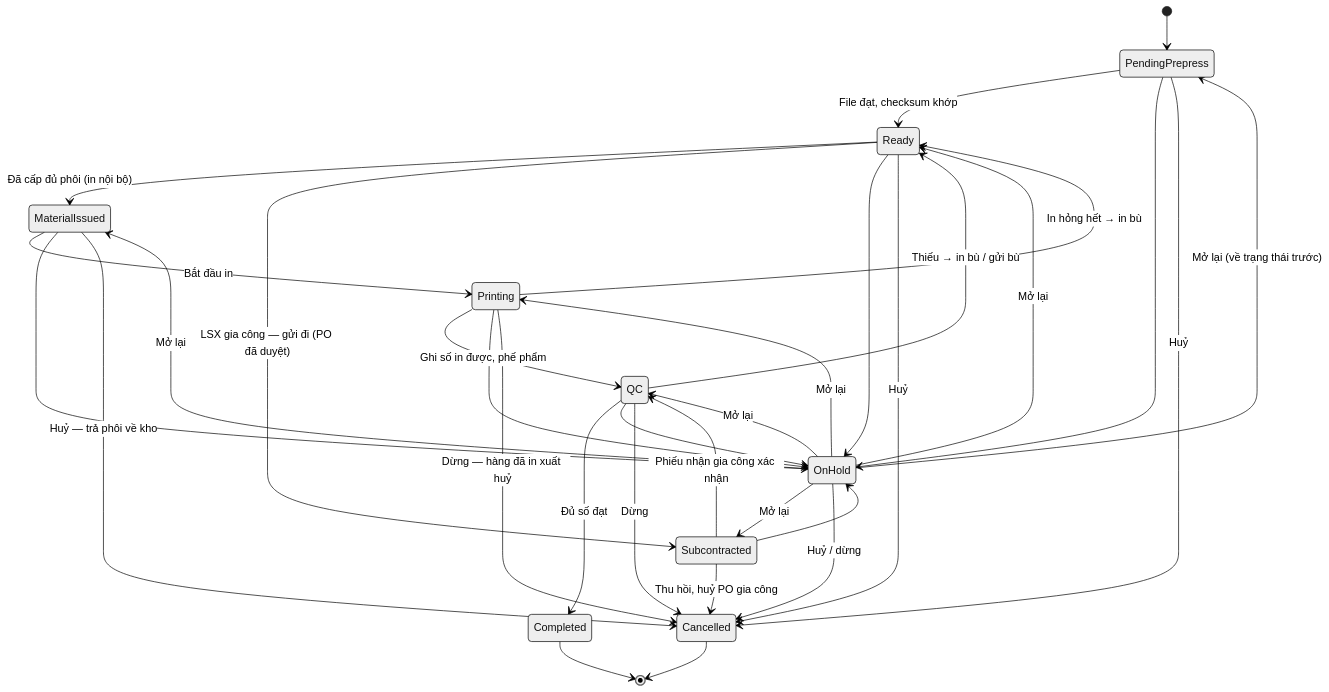
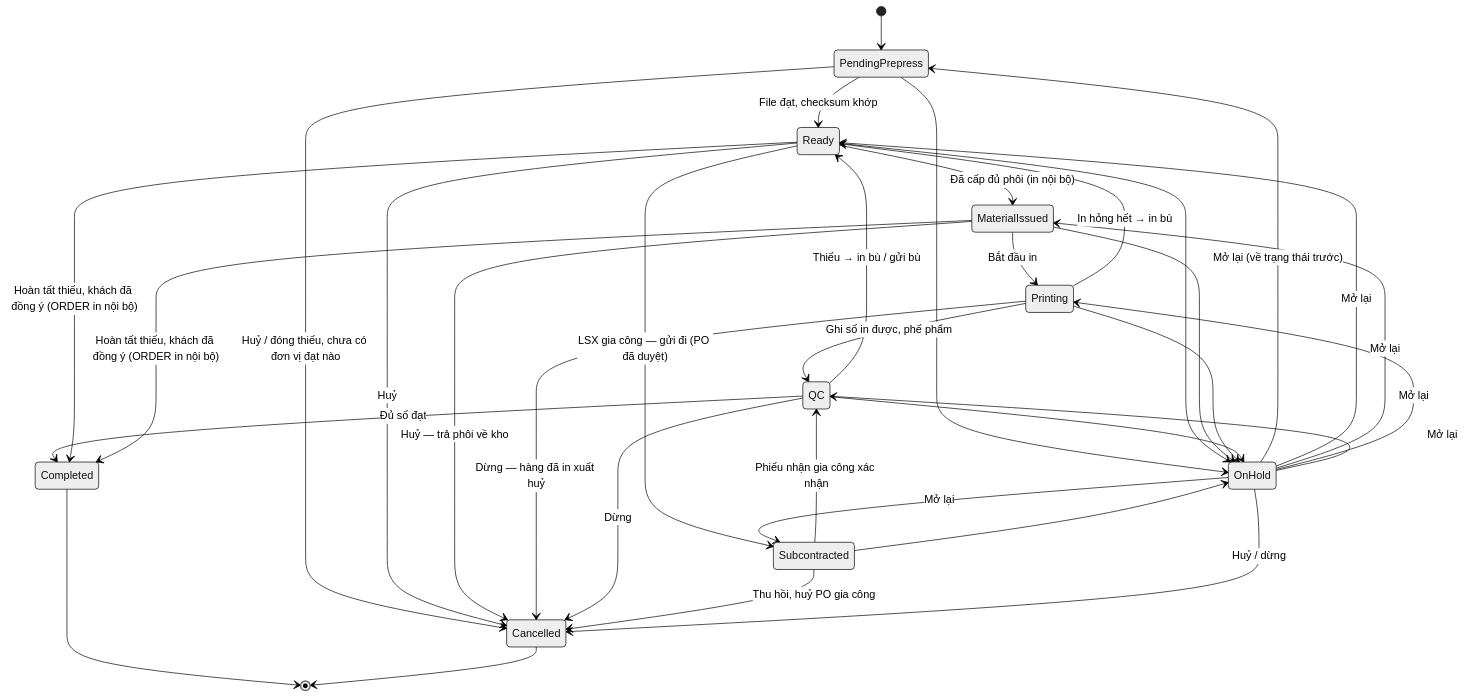
The first of 2 diagrams in docs/warehouse/19-production/README.md (KLTN-FA26/docs), drawn with Mermaid (neutral theme) before and after one commit. The commit also changed other lines of this file and 1 other file, not shown here.

````diff
--- a/docs/warehouse/19-production/README.md
+++ b/docs/warehouse/19-production/README.md
@@ -280,34 +287,36 @@
 ```mermaid
 stateDiagram-v2
     [*] --> PendingPrepress
     PendingPrepress --> Ready: File đạt, checksum khớp
     Ready --> MaterialIssued: Đã cấp đủ phôi (in nội bộ)
     MaterialIssued --> Printing: Bắt đầu in
     Printing --> QC: Ghi số in được, phế phẩm
     Printing --> Ready: In hỏng hết → in bù
     Ready --> Subcontracted: LSX gia công — gửi đi (PO đã duyệt)
     Subcontracted --> QC: Phiếu nhận gia công xác nhận
     QC --> Completed: Đủ số đạt
     QC --> Ready: Thiếu → in bù / gửi bù
+    Ready --> Completed: Hoàn tất thiếu, khách đã đồng ý (ORDER in nội bộ)
+    MaterialIssued --> Completed: Hoàn tất thiếu, khách đã đồng ý (ORDER in nội bộ)
     PendingPrepress --> OnHold
     Ready --> OnHold
     MaterialIssued --> OnHold
     Printing --> OnHold
     Subcontracted --> OnHold
     QC --> OnHold
     OnHold --> PendingPrepress: Mở lại (về trạng thái trước)
     OnHold --> Ready: Mở lại
     OnHold --> MaterialIssued: Mở lại
     OnHold --> Printing: Mở lại
     OnHold --> Subcontracted: Mở lại
     OnHold --> QC: Mở lại
-    PendingPrepress --> Cancelled: Huỷ
+    PendingPrepress --> Cancelled: Huỷ / đóng thiếu, chưa có đơn vị đạt nào
     Ready --> Cancelled: Huỷ
     MaterialIssued --> Cancelled: Huỷ — trả phôi về kho
     Printing --> Cancelled: Dừng — hàng đã in xuất huỷ
     QC --> Cancelled: Dừng
     Subcontracted --> Cancelled: Thu hồi, huỷ PO gia công
     OnHold --> Cancelled: Huỷ / dừng
     Completed --> [*]
     Cancelled --> [*]
 ```
````
